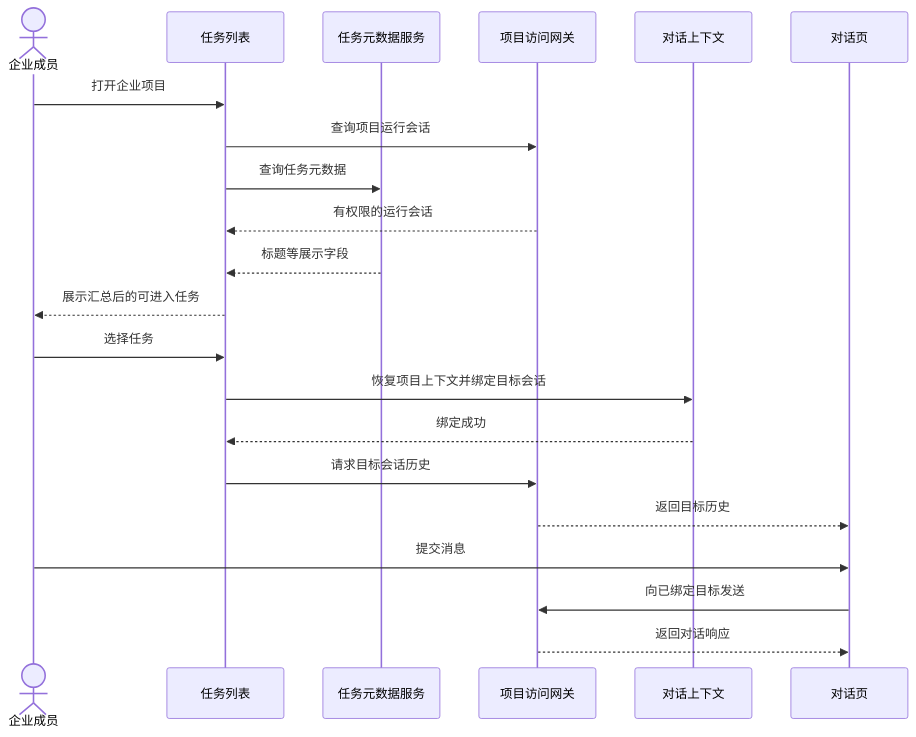
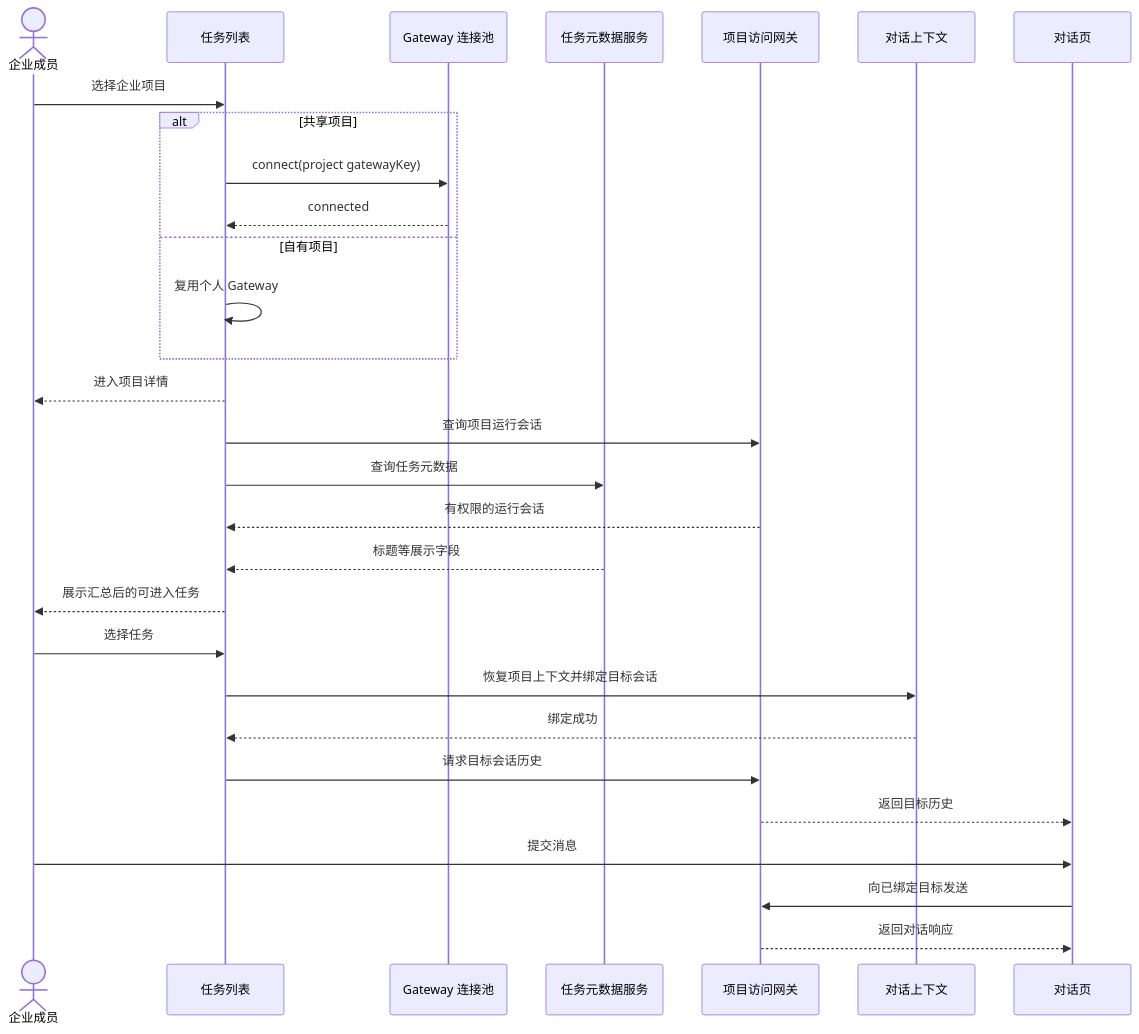
One commit to Wlx682/AI-Work-Kit changed the third of 5 diagrams in Plans/需求分析/2026-07-28-企业项目对话与任务入口Web对齐.md. Above: the diagram before and after it, drawn with Mermaid. The commit also changed other lines of this file and 14 other files, not shown here.

````diff
--- a/Plans/需求分析/2026-07-28-企业项目对话与任务入口Web对齐.md
+++ b/Plans/需求分析/2026-07-28-企业项目对话与任务入口Web对齐.md
@@ -211,24 +218,32 @@
 ```mermaid
 sequenceDiagram
   actor U as 企业成员
   participant L as 任务列表
+  participant P as Gateway 连接池
   participant M as 任务元数据服务
   participant G as 项目访问网关
   participant C as 对话上下文
   participant V as 对话页
 
-  U->>L: 打开企业项目
+  U->>L: 选择企业项目
+  alt 共享项目
+    L->>P: connect(project gatewayKey)
+    P-->>L: connected
+  else 自有项目
+    L->>L: 复用个人 Gateway
+  end
+  L-->>U: 进入项目详情
   L->>G: 查询项目运行会话
   L->>M: 查询任务元数据
   G-->>L: 有权限的运行会话
   M-->>L: 标题等展示字段
   L-->>U: 展示汇总后的可进入任务
   U->>L: 选择任务
   L->>C: 恢复项目上下文并绑定目标会话
   C-->>L: 绑定成功
   L->>G: 请求目标会话历史
   G-->>V: 返回目标历史
   U->>V: 提交消息
   V->>G: 向已绑定目标发送
   G-->>V: 返回对话响应
 ```
````
